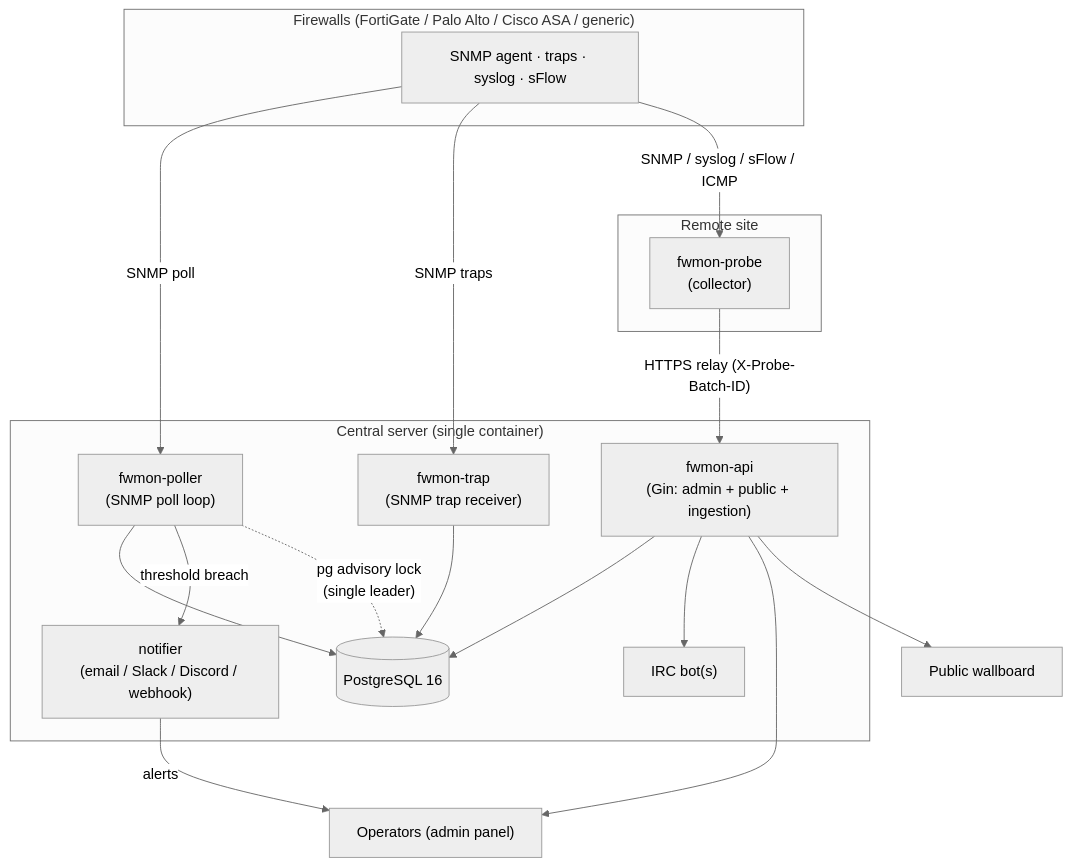
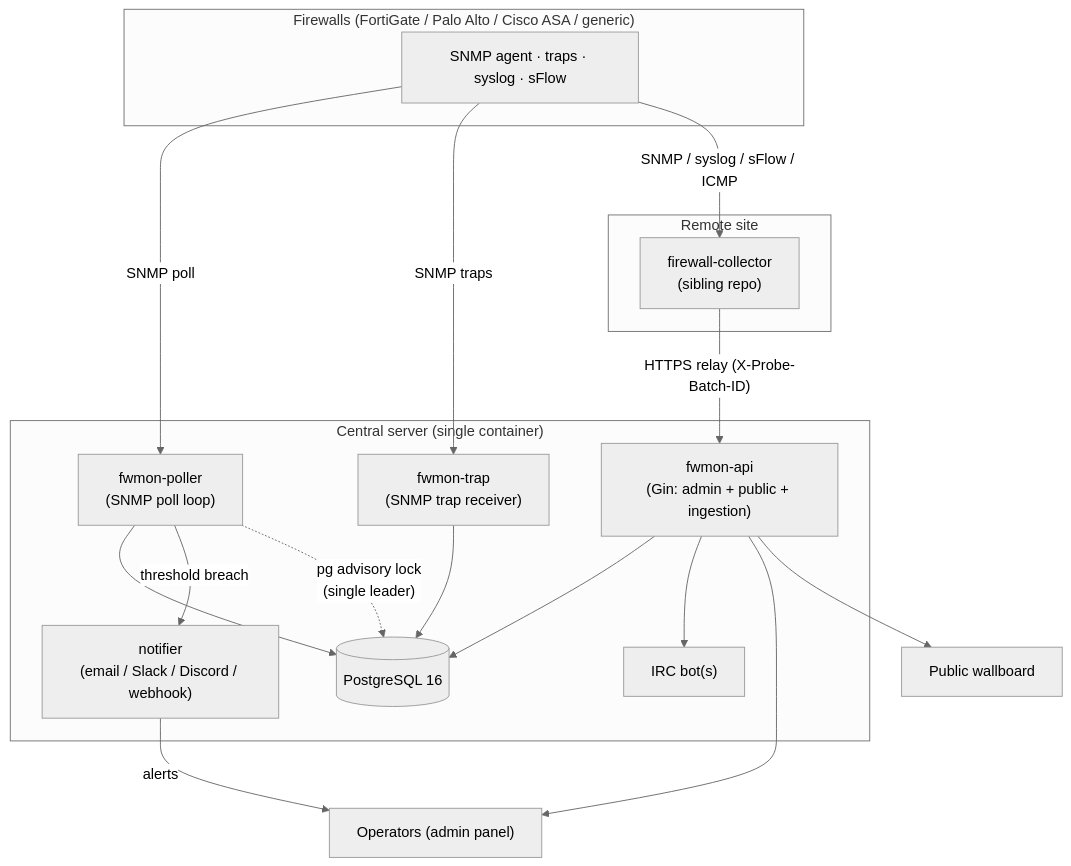
The first of 4 diagrams in docs/architecture.md (xphox2/Firewall-Monitoring), drawn with Mermaid (neutral theme) before and after one commit. The commit also changed other lines of this file and 15 other files, not shown here.

````diff
--- a/docs/architecture.md
+++ b/docs/architecture.md
@@ -14,38 +14,38 @@
 ```mermaid
 flowchart TB
     subgraph firewalls["Firewalls (FortiGate / Palo Alto / Cisco ASA / generic)"]
         FW["SNMP agent · traps · syslog · sFlow"]
     end
 
     subgraph site["Remote site"]
-        PROBE["fwmon-probe<br/>(collector)"]
+        PROBE["firewall-collector<br/>(sibling repo)"]
     end
 
     subgraph server["Central server (single container)"]
         API["fwmon-api<br/>(Gin: admin + public + ingestion)"]
         POLLER["fwmon-poller<br/>(SNMP poll loop)"]
         TRAP["fwmon-trap<br/>(SNMP trap receiver)"]
         DB[("PostgreSQL 16")]
         IRC["IRC bot(s)"]
         NOTIF["notifier<br/>(email / Slack / Discord / webhook)"]
     end
 
     USERS["Operators (admin panel)"]
     WALL["Public wallboard"]
 
     FW -- "SNMP poll" --> POLLER
     FW -- "SNMP traps" --> TRAP
     FW -- "SNMP / syslog / sFlow / ICMP" --> PROBE
     PROBE -- "HTTPS relay (X-Probe-Batch-ID)" --> API
 
     POLLER --> DB
     TRAP --> DB
     API --> DB
     POLLER -- "threshold breach" --> NOTIF
     API --> IRC
     NOTIF -- "alerts" --> USERS
     API --> USERS
     API --> WALL
 
     POLLER -. "pg advisory lock<br/>(single leader)" .-> DB
 ```
````
